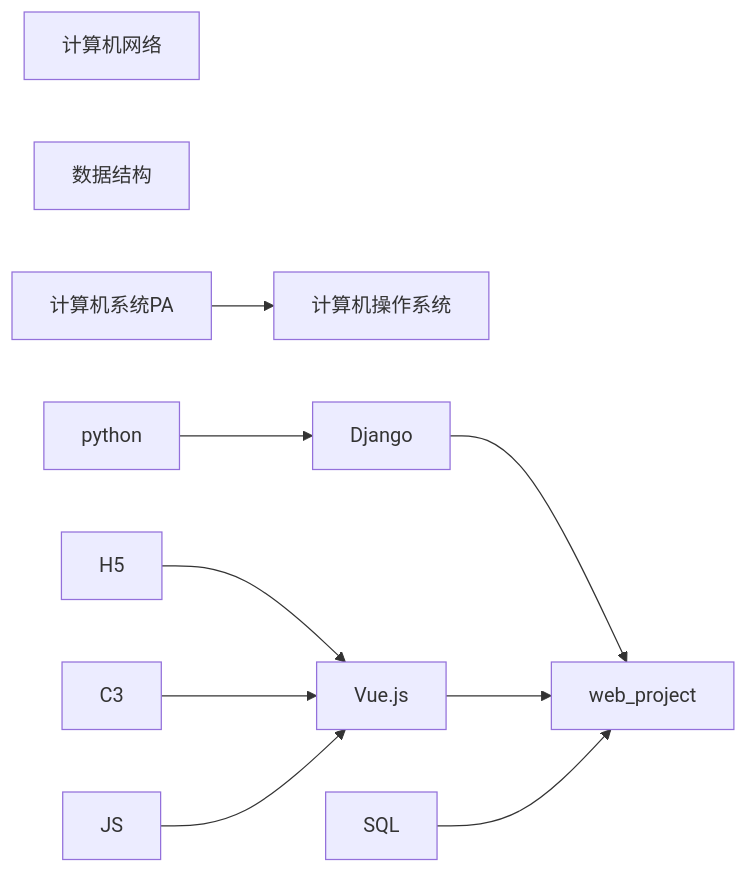
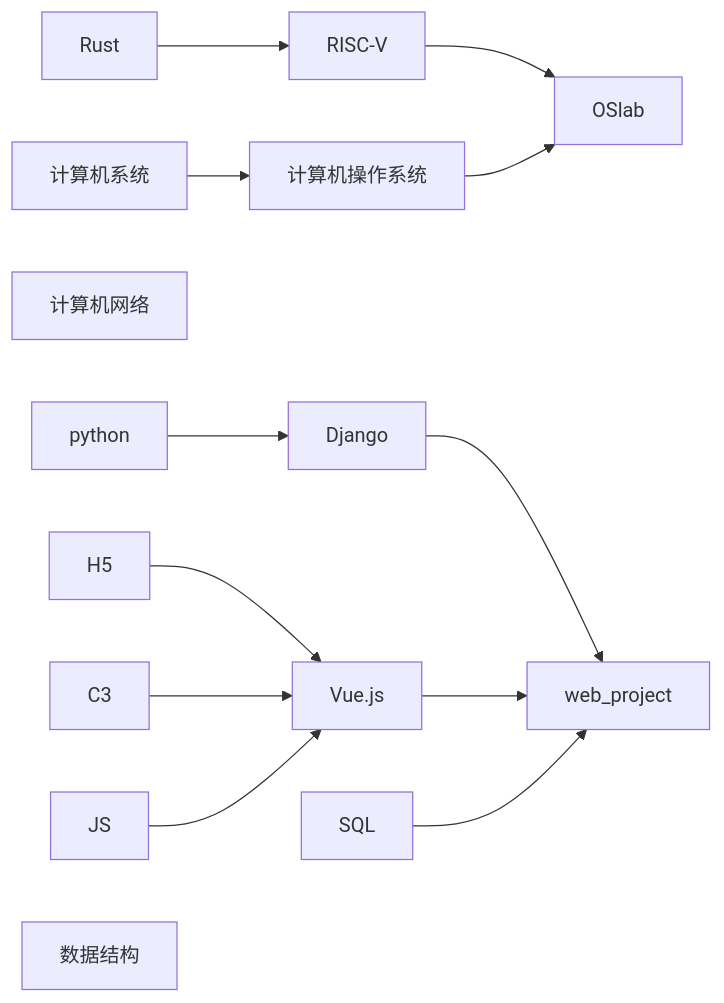
The diagram in index.md (Real-king-Ph/rkNote), drawn with Mermaid before and after one commit. The commit also changed other lines of this file, not shown here.

````diff
--- a/index.md
+++ b/index.md
@@ -25,9 +31,11 @@
 ```mermaid
 flowchart LR
+Rust --> RISC-V 
+计算机系统 --> 计算机操作系统
+RISC-V & 计算机操作系统 --> OSlab
 计算机网络
-数据结构
-计算机系统PA --> 计算机操作系统
 python --> Django
 H5 & C3 & JS --> Vue.js
 Django & Vue.js & SQL--> web_project
+数据结构
 ```
````
